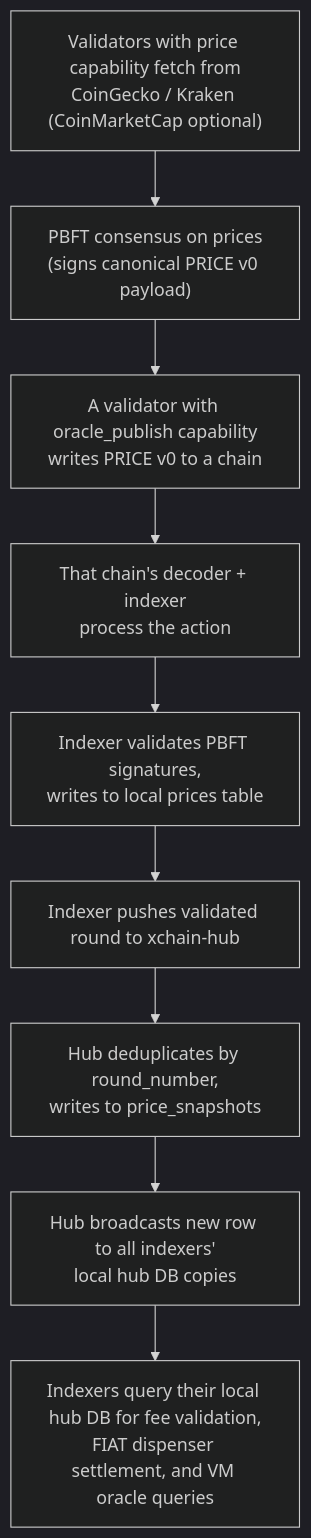
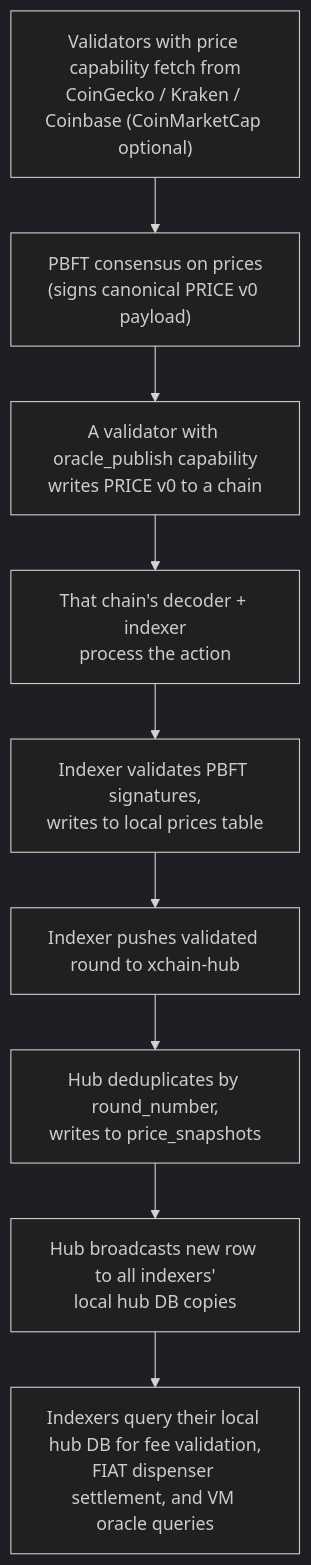
Before and after one commit to XChain-Platform/xchain-documentation: the first of 2 diagrams in architecture/data-pipeline.md, drawn with Mermaid (dark theme). The commit also changed other lines of this file and 55 other files, not shown here.

````diff
--- a/architecture/data-pipeline.md
+++ b/architecture/data-pipeline.md
@@ -125,13 +125,13 @@
 ```mermaid
 flowchart TD
-    FETCH["Validators with price capability fetch from<br>CoinGecko / Kraken (CoinMarketCap optional)"]
+    FETCH["Validators with price capability fetch from<br>CoinGecko / Kraken / Coinbase (CoinMarketCap optional)"]
     PBFT["PBFT consensus on prices<br>(signs canonical PRICE v0 payload)"]
     PUBLISH["A validator with oracle_publish capability<br>writes PRICE v0 to a chain"]
     PROCESS["That chain's decoder + indexer<br>process the action"]
     VALIDATE["Indexer validates PBFT signatures,<br>writes to local prices table"]
     PUSH["Indexer pushes validated round to xchain-hub"]
     DEDUPE["Hub deduplicates by round_number,<br>writes to price_snapshots"]
     BROADCAST["Hub broadcasts new row to all indexers'<br>local hub DB copies"]
     QUERY["Indexers query their local hub DB for fee validation,<br>FIAT dispenser settlement, and VM oracle queries"]
     FETCH --> PBFT --> PUBLISH --> PROCESS --> VALIDATE --> PUSH --> DEDUPE --> BROADCAST --> QUERY
 ```
````
